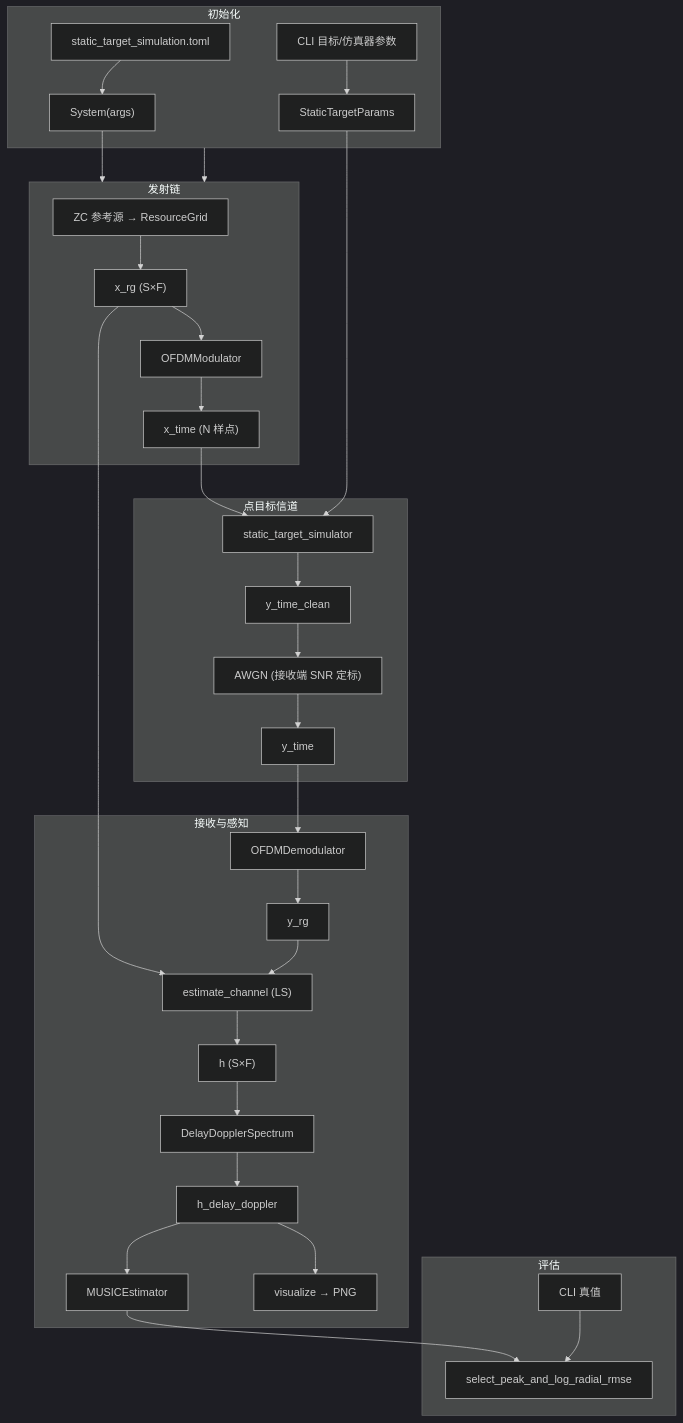
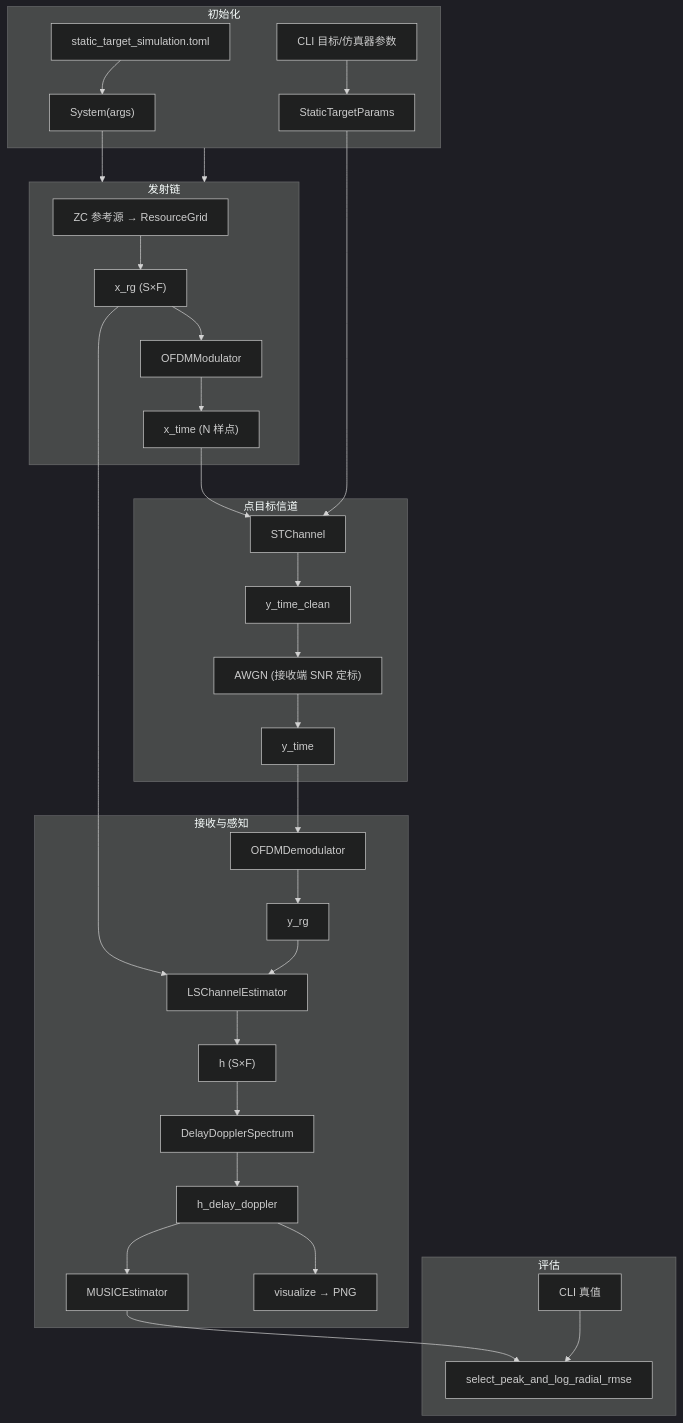
One commit to GitLinhp/isac changed the diagram in docs/STATIC_TARGET_SIMULATION.md. Above: the diagram before and after it, drawn with Mermaid (dark theme). The commit also changed other lines of this file and 31 other files, not shown here.

````diff
--- a/docs/STATIC_TARGET_SIMULATION.md
+++ b/docs/STATIC_TARGET_SIMULATION.md
@@ -21,48 +21,48 @@
 ```mermaid
 flowchart TB
     subgraph init [初始化]
         TOML["static_target_simulation.toml"]
         CLI["CLI 目标/仿真器参数"]
         System["System(args)"]
         TOML --> System
         CLI --> Params["StaticTargetParams"]
     end
 
     subgraph tx [发射链]
         ZC["ZC 参考源 → ResourceGrid"]
         Mod["OFDMModulator"]
         ZC --> x_rg["x_rg (S×F)"]
         x_rg --> Mod --> x_time["x_time (N 样点)"]
     end
 
     subgraph channel [点目标信道]
-        Sim["static_target_simulator"]
+        Sim["STChannel"]
         AWGN["AWGN (接收端 SNR 定标)"]
         x_time --> Sim --> y_clean["y_time_clean"]
         y_clean --> AWGN --> y_time["y_time"]
     end
 
     subgraph rx [接收与感知]
         Dem["OFDMDemodulator"]
-        LS["estimate_channel (LS)"]
+        LS["LSChannelEstimator"]
         DD["DelayDopplerSpectrum"]
         MUSIC["MUSICEstimator"]
         y_time --> Dem --> y_rg["y_rg"]
         x_rg --> LS
         y_rg --> LS --> h["h (S×F)"]
         h --> DD --> h_dd["h_delay_doppler"]
         h_dd --> Viz["visualize → PNG"]
         h_dd --> MUSIC
     end
 
     subgraph eval [评估]
         Truth["CLI 真值"]
         RMSE["select_peak_and_log_radial_rmse"]
         MUSIC --> RMSE
         Truth --> RMSE
     end
 
     System --> tx
     Params --> Sim
     init --> tx
 ```
````
